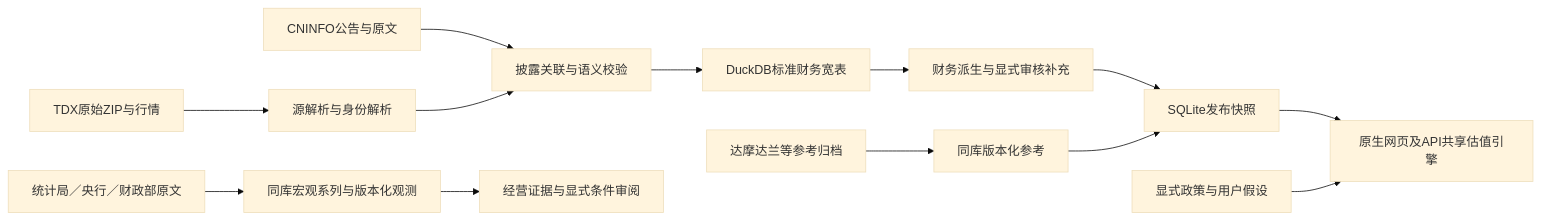
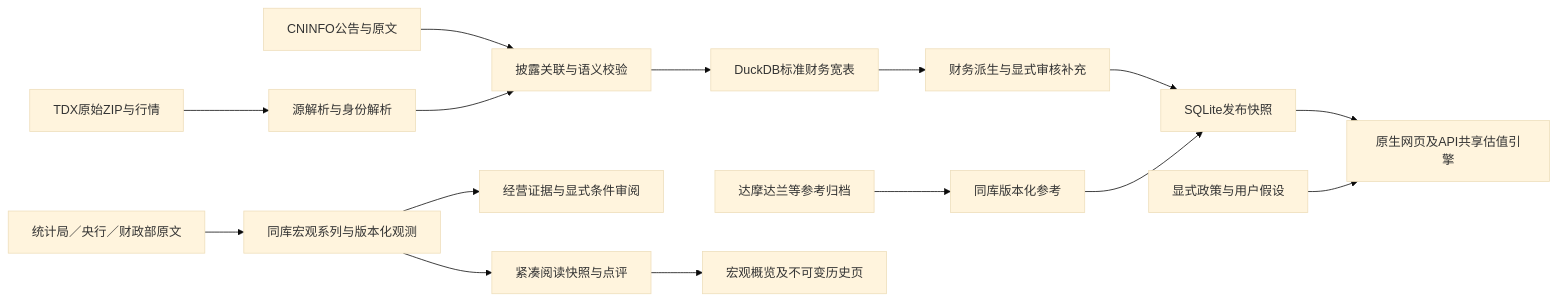
The diagram in docs/design.md (yinhm/alphalake), drawn with Mermaid (base theme) before and after one commit. The commit also changed other lines of this file and 11 other files, not shown here.

````diff
--- a/docs/design.md
+++ b/docs/design.md
@@ -7,15 +7,17 @@
 ```mermaid
 flowchart LR
   A[TDX原始ZIP与行情] --> B[源解析与身份解析]
   C[CNINFO公告与原文] --> D[披露关联与语义校验]
   B --> D
   D --> E[DuckDB标准财务宽表]
   F[达摩达兰等参考归档] --> G[同库版本化参考]
   E --> H[财务派生与显式审核补充]
   H --> I[SQLite发布快照]
   G --> I
   I --> J[原生网页及API共享估值引擎]
   K[显式政策与用户假设] --> J
   L[统计局／央行／财政部原文] --> M[同库宏观系列与版本化观测]
   M --> N[经营证据与显式条件审阅]
+  M --> O[紧凑阅读快照与点评]
+  O --> P[宏观概览及不可变历史页]
 ```
````
